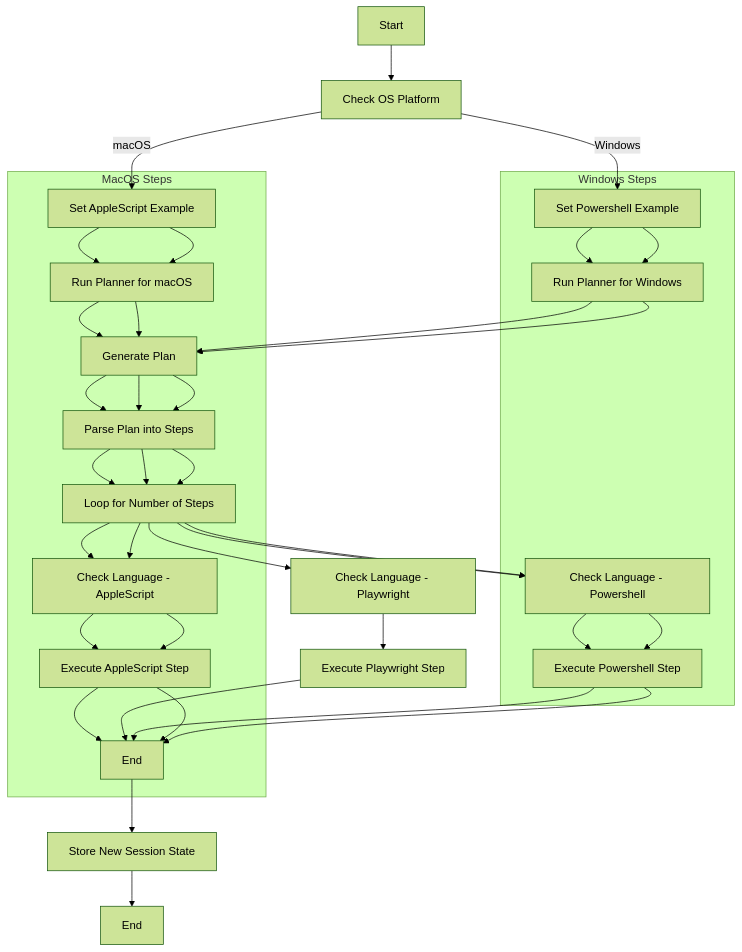
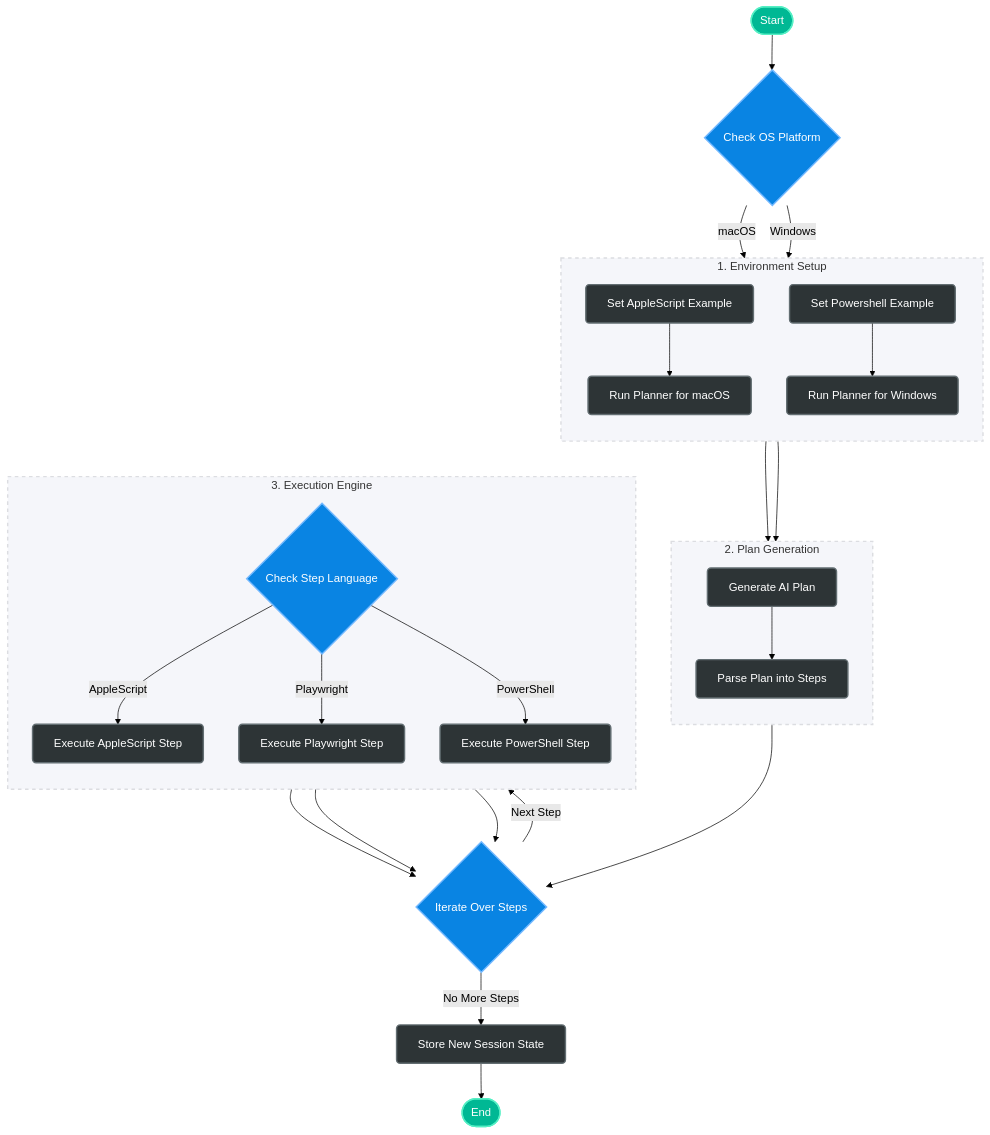
The diagram in README.md (ChainedTears/Agent-SURF), drawn with Mermaid (forest theme) before and after one commit.

Commit message:
updated flowchart

````diff
--- a/README.md
+++ b/README.md
@@ -43,44 +43,57 @@
 ```mermaid
-graph TD
-    A[Start] --> B[Check OS Platform]
-    B -->|macOS| C[Set AppleScript Example]
-    B -->|Windows| D[Set Powershell Example]
-    C --> E[Run Planner for macOS]
-    D --> F[Run Planner for Windows]
-    E --> G[Generate Plan]
-    F --> G
-    G --> H[Parse Plan into Steps]
-    H --> I[Loop for Number of Steps]
-    I --> J[Check Language - AppleScript]
-    J --> K[Execute AppleScript Step]
-    I --> L[Check Language - Playwright]
-    L --> M[Execute Playwright Step]
-    I --> N[Check Language - Powershell]
-    N --> O[Execute Powershell Step]
-    K --> P[End]
-    M --> P
-    O --> P
-    P --> Q[Store New Session State]
-    Q --> R[End]
+flowchart TD
+    %% Terminal Nodes
+    A([Start]) --> B{Check OS Platform}
 
-    subgraph MacOS Steps
-        C --> E
-        E --> G
-        G --> H
-        H --> I
-        I --> J
-        J --> K
-        K --> P
+    %% OS Setup Logic
+    subgraph OS[1. Environment Setup]
+        direction TB
+        C[Set AppleScript Example] --> E[Run Planner for macOS]
+        D[Set Powershell Example] --> F[Run Planner for Windows]
     end
 
-    subgraph Windows Steps
-        D --> F
-        F --> G
-        G --> H
-        H --> I
-        I --> N
-        N --> O
-        O --> P
+    B -- "macOS" --> C
+    B -- "Windows" --> D
+
+    %% Converge to Planning
+    subgraph Planning[2. Plan Generation]
+        direction TB
+        G[Generate AI Plan] --> H[Parse Plan into Steps]
     end
 
+    E --> G
+    F --> G
+
+    %% Execution Loop
+    H --> I{Iterate Over Steps}
+
+    subgraph Execution[3. Execution Engine]
+        direction TB
+        J{Check Step Language} 
+        J -- "AppleScript" --> K[Execute AppleScript Step]
+        J -- "Playwright" --> M[Execute Playwright Step]
+        J -- "PowerShell" --> O[Execute PowerShell Step]
+    end
+
+    I -- "Next Step" --> J
+
+    %% Return to loop
+    K --> I
+    M --> I
+    O --> I
+
+    %% Finish Execution
+    I -- "No More Steps" --> Q[Store New Session State]
+    Q --> R([End])
+
+    %% Theming and Styling
+    classDef process fill:#2d3436,stroke:#636e72,stroke-width:2px,color:#fff,rx:5px,ry:5px
+    classDef decision fill:#0984e3,stroke:#74b9ff,stroke-width:2px,color:#fff
+    classDef terminal fill:#00b894,stroke:#55efc4,stroke-width:2px,color:#fff
+    classDef subgraphStyle fill:#f5f6fa,stroke:#dcdde1,stroke-width:2px,stroke-dasharray: 5 5
+    
+    class A,R terminal
+    class B,I,J decision
+    class C,D,E,F,G,H,K,M,O,Q process
+    class OS,Planning,Execution subgraphStyle
 ```
````
